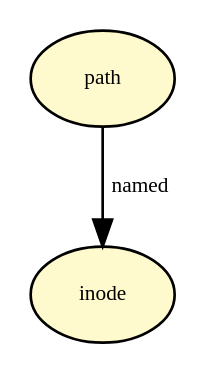
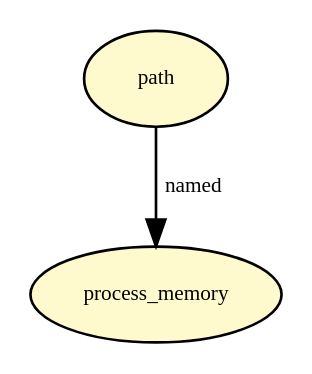
The diagram in docs/dot/inode_setxattr.dot (CamFlow/camflow-dev), drawn with Graphviz before and after one commit. The commit also changed 52 other files, not shown here.

```diff
--- a/docs/dot/inode_setxattr.dot
+++ b/docs/dot/inode_setxattr.dot
@@ -1,7 +1,7 @@
 digraph RGL__DirectedAdjacencyGraph {path[fontsize = 8,label = path,shape = ellipse, fillcolor="#fffacd", style = filled]
 
-inode[fontsize = 8,label = inode,shape = ellipse, fillcolor="#fffacd", style = filled]
+process_memory[fontsize = 8,label = process_memory,shape = ellipse, fillcolor="#fffacd", style = filled]
 
-path -> inode[fontsize = 8,label = named]
+path -> process_memory[fontsize = 8,label = named]
 
 }
```
